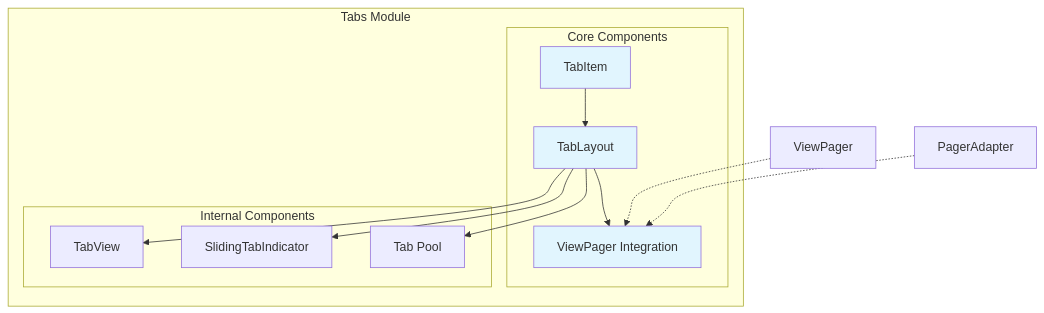
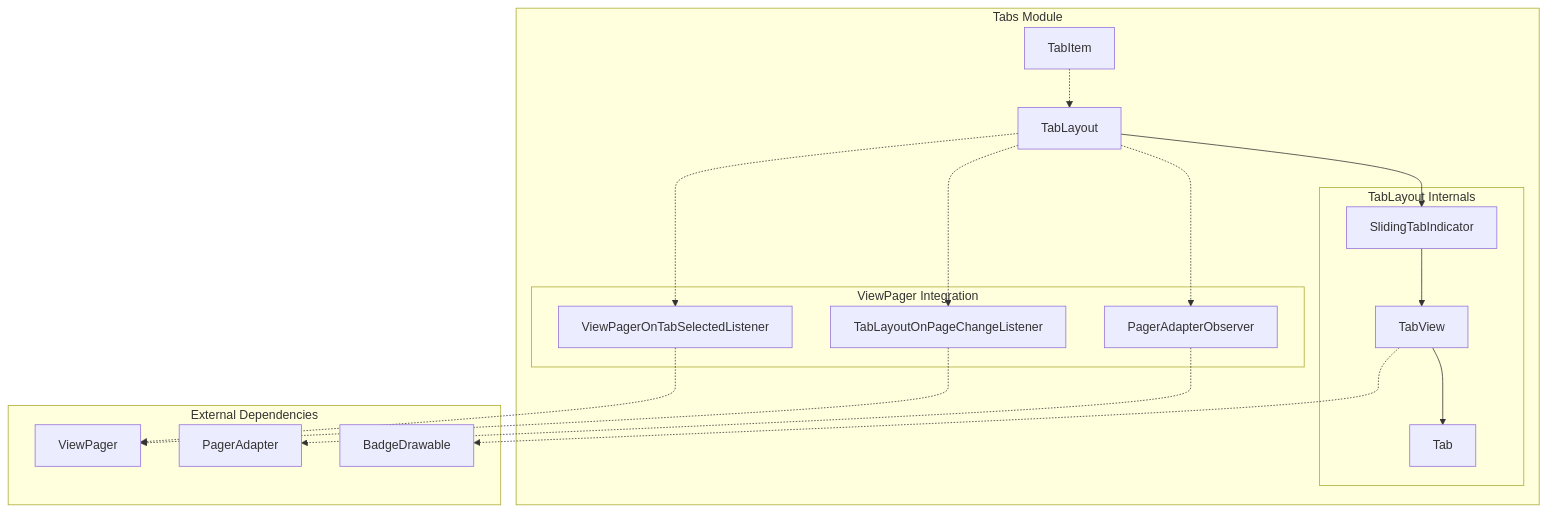
The first of 3 diagrams in docs/material-components--material-components-android-docs/tabs.md (FSoft-AI4Code/codewiki-demo), drawn with Mermaid before and after one commit. The commit also changed other lines of this file and 1103 other files, not shown here.

````diff
--- a/docs/material-components--material-components-android-docs/tabs.md
+++ b/docs/material-components--material-components-android-docs/tabs.md
@@ -20,29 +18,41 @@
 ```mermaid
 graph TB
     subgraph "Tabs Module"
-        TI[TabItem] --> TL[TabLayout]
-        TL --> TV[TabView]
-        TL --> STI[SlidingTabIndicator]
-        TL --> TP[Tab Pool]
-        TL --> VPL[ViewPager Integration]
+        TL[TabLayout]
+        TI[TabItem]
         
-        subgraph "Core Components"
-            TI
-            TL
-            VPL
+        subgraph "TabLayout Internals"
+            STI[SlidingTabIndicator]
+            TV[TabView]
+            T[Tab]
         end
         
-        subgraph "Internal Components"
-            TV
-            STI
-            TP
+        subgraph "ViewPager Integration"
+            TLPCL[TabLayoutOnPageChangeListener]
+            VPOTSL[ViewPagerOnTabSelectedListener]
+            PAO[PagerAdapterObserver]
         end
     end
     
-    VP[ViewPager] -.-> VPL
-    PA[PagerAdapter] -.-> VPL
+    subgraph "External Dependencies"
+        VP[ViewPager]
+        PA[PagerAdapter]
+        BD[BadgeDrawable]
+    end
     
-    style TI fill:#e1f5fe
-    style TL fill:#e1f5fe
-    style VPL fill:#e1f5fe
+    TL --> STI
+    STI --> TV
+    TV --> T
+    
+    TL -.-> TLPCL
+    TL -.-> VPOTSL
+    TL -.-> PAO
+    
+    TLPCL -.-> VP
+    VPOTSL -.-> VP
+    PAO -.-> PA
+    
+    TV -.-> BD
+    
+    TI -.-> TL
 ```
````
